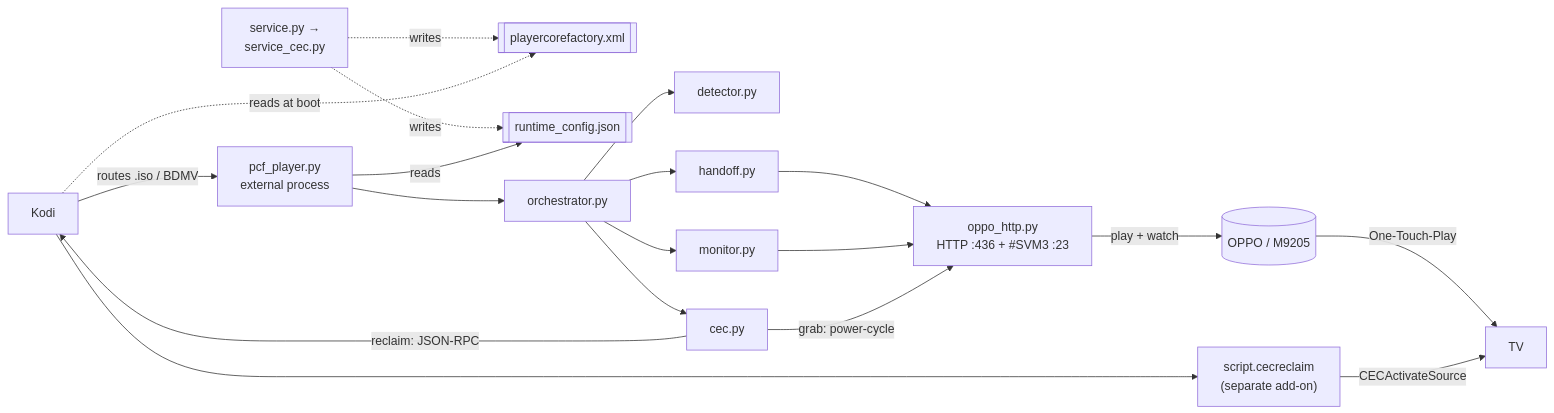
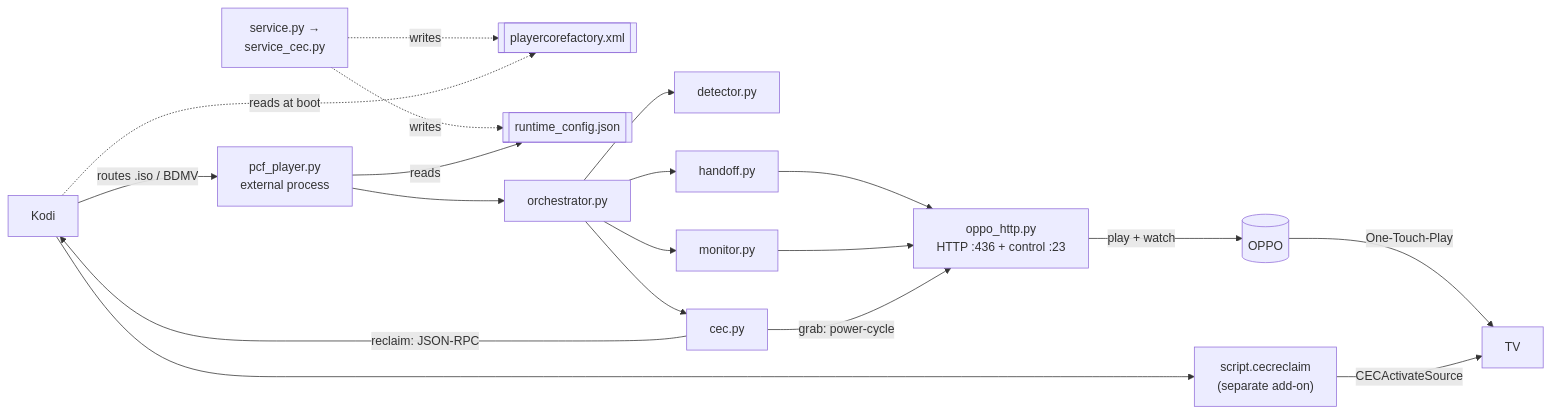
The second of 2 diagrams in docs/ARCHITECTURE.md (skull-01/OppoKodiBridge-v4), drawn with Mermaid before and after one commit. The commit also changed other lines of this file and 4 other files, not shown here.

First line of the commit message:
docs(release): v4.1.3 — HTTP-only stop monitor (verbose #SVM 3 removed)

````diff
--- a/docs/ARCHITECTURE.md
+++ b/docs/ARCHITECTURE.md
@@ -158,36 +154,36 @@
 ```mermaid
 graph LR
     K[Kodi]
     RC["script.cecreclaim<br/>(separate add-on)"]
     SVC["service.py →<br/>service_cec.py"]
     PCF[["playercorefactory.xml"]]
     CFG[["runtime_config.json"]]
     X["pcf_player.py<br/>external process"]
     ORC[orchestrator.py]
     DET[detector.py]
     HAND[handoff.py]
     MON[monitor.py]
     CEC[cec.py]
-    OH["oppo_http.py<br/>HTTP :436 + #SVM3 :23"]
-    O[(OPPO / M9205)]
+    OH["oppo_http.py<br/>HTTP :436 + control :23"]
+    O[(OPPO)]
     T[TV]
 
     SVC -. writes .-> PCF
     SVC -. writes .-> CFG
     K -. reads at boot .-> PCF
     K -->|routes .iso / BDMV| X
     X -->|reads| CFG
     X --> ORC
     ORC --> DET
     ORC --> HAND
     ORC --> MON
     ORC --> CEC
     HAND --> OH
     MON --> OH
     OH -->|play + watch| O
     CEC -->|grab: power-cycle| OH
     O -->|One-Touch-Play| T
     CEC -->|reclaim: JSON-RPC| K
     K --> RC
     RC -->|CECActivateSource| T
 ```
````
